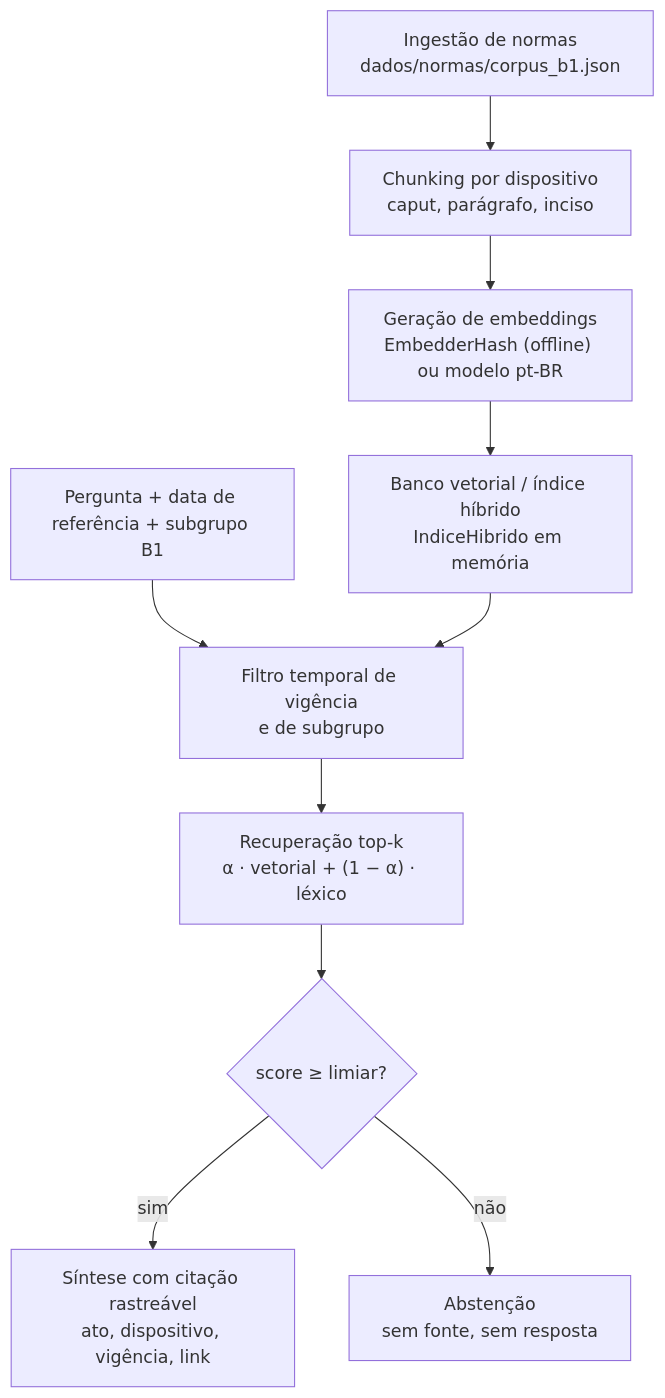
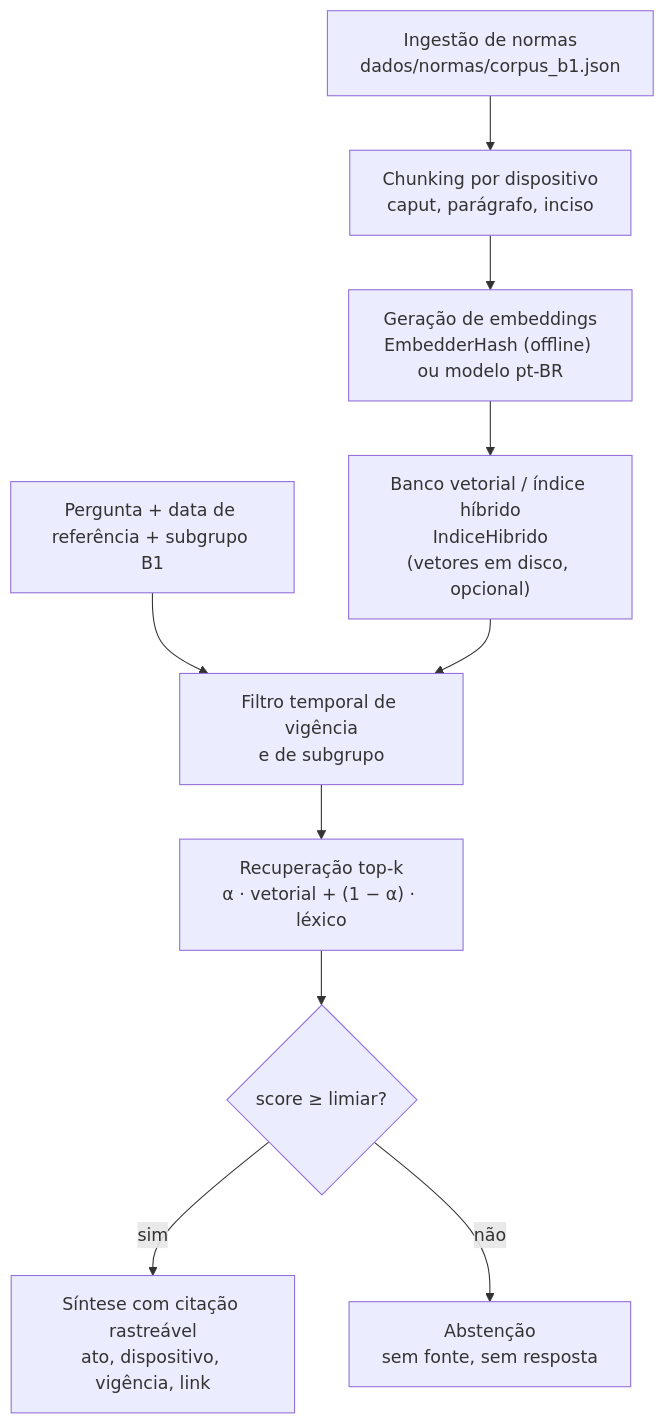
Before and after one commit to grupo-8-residencia/Fatura-Aberta: the first of 2 diagrams in docs/arquitetura/rag.md, drawn with Mermaid. The commit also changed other lines of this file and 13 other files, not shown here.

````diff
--- a/docs/arquitetura/rag.md
+++ b/docs/arquitetura/rag.md
@@ -8,12 +8,12 @@
 ```mermaid
 flowchart TD
     A["Ingestão de normas<br/>dados/normas/corpus_b1.json"] --> B["Chunking por dispositivo<br/>caput, parágrafo, inciso"]
     B --> C["Geração de embeddings<br/>EmbedderHash (offline) ou modelo pt-BR"]
-    C --> D["Banco vetorial / índice híbrido<br/>IndiceHibrido em memória"]
+    C --> D["Banco vetorial / índice híbrido<br/>IndiceHibrido<br/>(vetores em disco, opcional)"]
     Q["Pergunta + data de referência + subgrupo B1"] --> E["Filtro temporal de vigência<br/>e de subgrupo"]
     D --> E
     E --> F["Recuperação top-k<br/>α · vetorial + (1 − α) · léxico"]
     F --> G{"score ≥ limiar?"}
     G -- sim --> H["Síntese com citação rastreável<br/>ato, dispositivo, vigência, link"]
     G -- não --> I["Abstenção<br/>sem fonte, sem resposta"]
 ```
````
